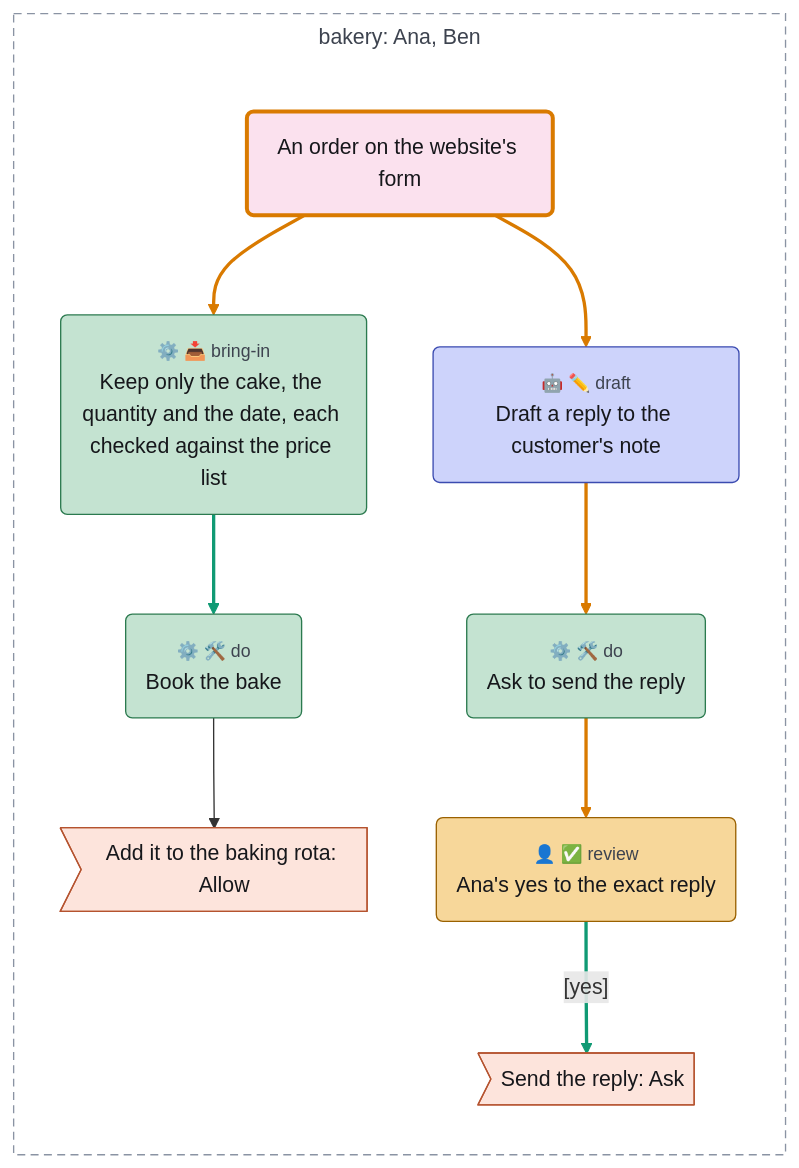
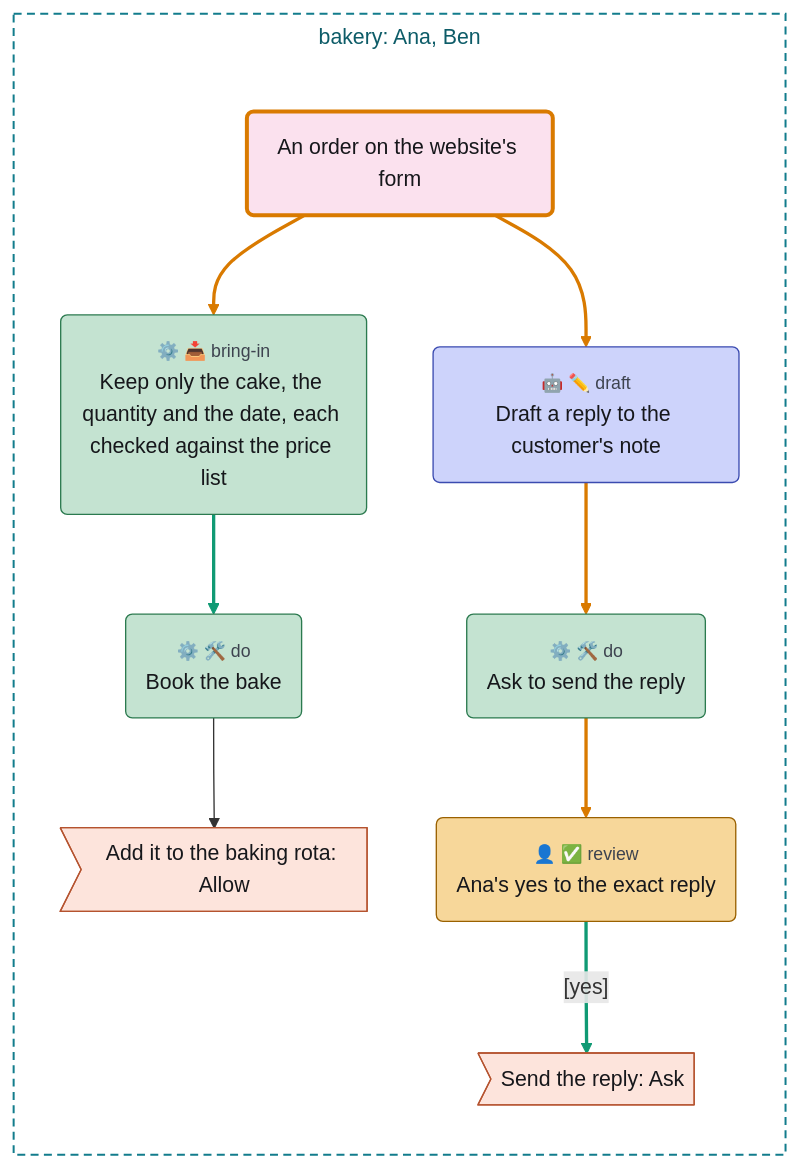
One commit to chrismdp/awml changed the diagram in examples/tour/14-untrusted-text.mmd. Above: the diagram before and after it, drawn with Mermaid. The commit also changed 69 other files, not shown here.

```diff
--- a/examples/tour/14-untrusted-text.mmd
+++ b/examples/tour/14-untrusted-text.mmd
@@ -1,50 +1,50 @@
 ---
 config:
   theme: default
   fontFamily: Inter, sans-serif
   flowchart:
     useMaxWidth: false
     subGraphTitleMargin:
       top: 6
       bottom: 30
 ---
 flowchart TB
   subgraph bakery["bakery#58; Ana#44; Ben"]
     direction TB
     form("An order on the website#39;s form")
     keep("<small style='color:rgb(61,67,79)'>⚙️ 📥 bring-in</small><br>Keep only the cake#44; the quantity and the date#44; each checked against the price list")
     book("<small style='color:rgb(61,67,79)'>⚙️ 🛠️ do</small><br>Book the bake")
     rota>"Add it to the baking rota#58; Allow"]
     draft("<small style='color:rgb(61,67,79)'>🤖 ✏️ draft</small><br>Draft a reply to the customer#39;s note")
     ask("<small style='color:rgb(61,67,79)'>⚙️ 🛠️ do</small><br>Ask to send the reply")
     approve("<small style='color:rgb(61,67,79)'>👤 ✅ review</small><br>Ana#39;s yes to the exact reply")
     send>"Send the reply#58; Ask"]
   end
 
   form --> keep
   keep --> book
   book --> rota
   form --> draft
   draft --> ask
   ask --> approve
   approve -->|"#91;yes#93;"| send
   classDef trig fill:#fbe1ee,stroke:#a33a74,color:#16171b
   classDef ctx fill:#e2eef9,stroke:#3d6fa3,color:#16171b
   classDef con fill:#eceef2,stroke:#5d6472,color:#16171b
   classDef surf fill:#ffffff,stroke:#2a2d35,stroke-width:1.5px,color:#16171b
   classDef out fill:#fde4dc,stroke:#b5532f,color:#16171b
   classDef ai fill:#cdd3fb,stroke:#3b4bb0,color:#16171b
   classDef code fill:#c4e3d1,stroke:#2b7a4f,color:#16171b
   classDef person fill:#f7d79a,stroke:#9a6100,color:#16171b
   classDef gap fill:#ffffff,stroke:#8a93a3,stroke-dasharray:4 3,color:#6b7280
   classDef untrusted stroke:#d97a00,stroke-width:3px
   classDef unstopped stroke:#d0342c,stroke-width:3px
   class form trig
   class rota,send out
   class draft ai
   class keep,book,ask code
   class approve person
   class form untrusted
-  style bakery fill:transparent,stroke:#8a93a3,stroke-dasharray:6 4,color:#3d434f
+  style bakery fill:transparent,stroke:#127c8c,stroke-width:1.5px,stroke-dasharray:6 4,color:#0d5c68
   linkStyle 0,3,4,5 stroke:#d97a00,stroke-width:2.5px
   linkStyle 1,6 stroke:#109a74,stroke-width:2.5px
```
